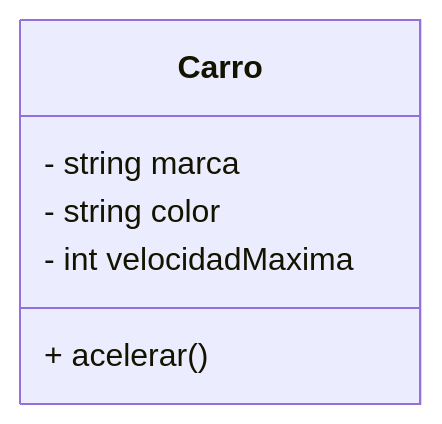
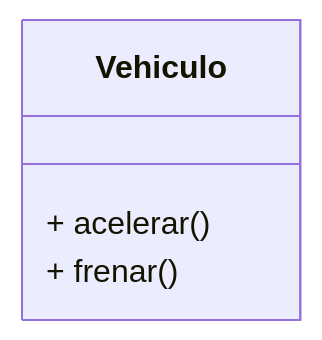
One commit to lufe089/POO changed the fifth of 6 diagrams in 2.DiseñoOrientadoObjetos.md. Above: the diagram before and after it, drawn with Mermaid. The commit also changed other lines of this file, not shown here.

````diff
--- a/2.DiseñoOrientadoObjetos.md
+++ b/2.DiseñoOrientadoObjetos.md
@@ -155,9 +228,7 @@
 ```mermaid
 classDiagram
-    class Carro {
-        - string marca
-        - string color
-        - int velocidadMaxima
+    class Vehiculo {
         + acelerar()
+        + frenar()
     }
 ```
````
